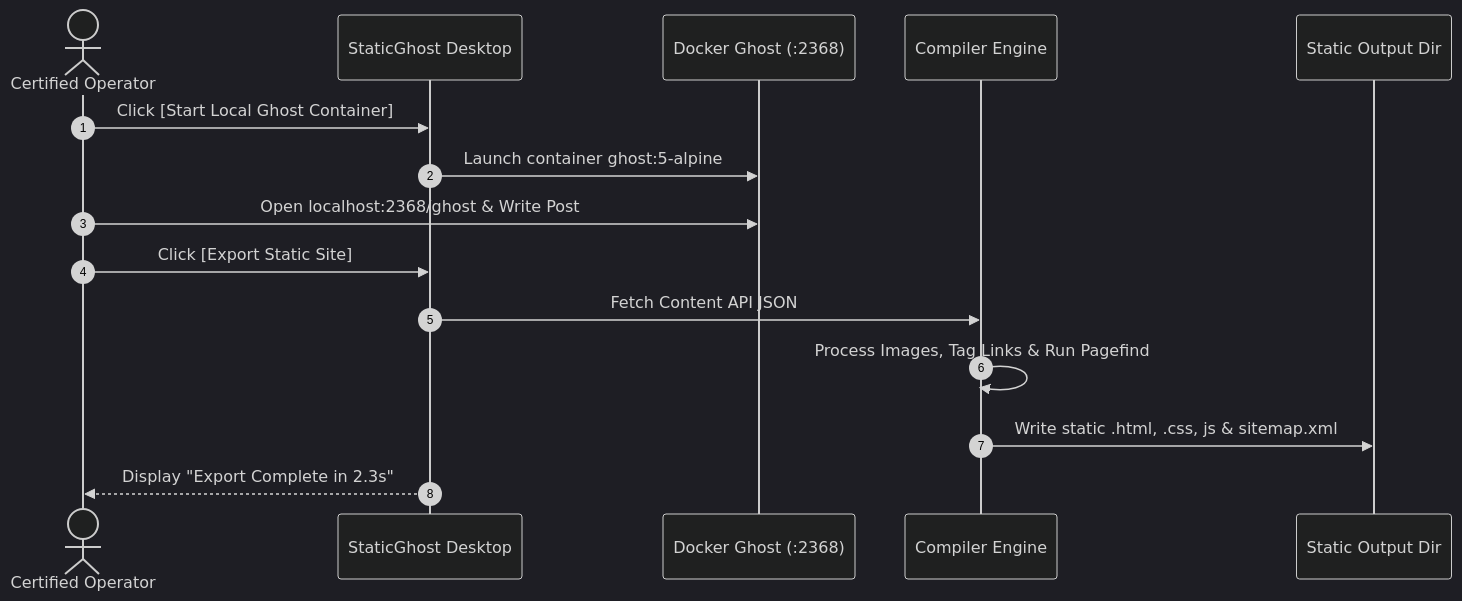
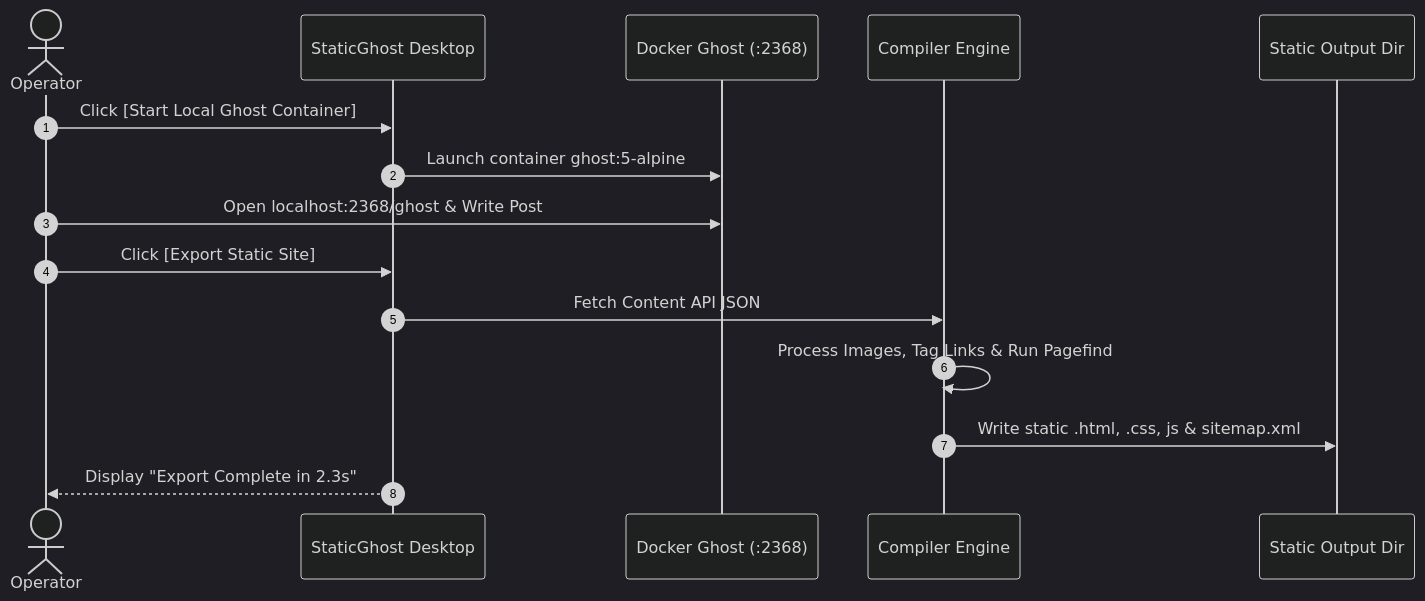
The diagram in docs/sop/SOP_02_DAILY_OPERATIONS_AND_EXPORT_WORKFLOW.md (Swapp-Technologies-LLC/staticGhost), drawn with Mermaid (dark theme) before and after one commit. The commit also changed other lines of this file and 12 other files, not shown here.

````diff
--- a/docs/sop/SOP_02_DAILY_OPERATIONS_AND_EXPORT_WORKFLOW.md
+++ b/docs/sop/SOP_02_DAILY_OPERATIONS_AND_EXPORT_WORKFLOW.md
@@ -14,18 +14,18 @@
 ```mermaid
 sequenceDiagram
     autonumber
-    actor Operator as Certified Operator
+    actor Operator as Operator
     participant App as StaticGhost Desktop
     participant Docker as Docker Ghost (:2368)
     participant Engine as Compiler Engine
     participant Output as Static Output Dir
 
     Operator->>App: Click [Start Local Ghost Container]
     App->>Docker: Launch container ghost:5-alpine
     Operator->>Docker: Open localhost:2368/ghost & Write Post
     Operator->>App: Click [Export Static Site]
     App->>Engine: Fetch Content API JSON
     Engine->>Engine: Process Images, Tag Links & Run Pagefind
     Engine->>Output: Write static .html, .css, js & sitemap.xml
     App-->>Operator: Display "Export Complete in 2.3s"
 ```
````
